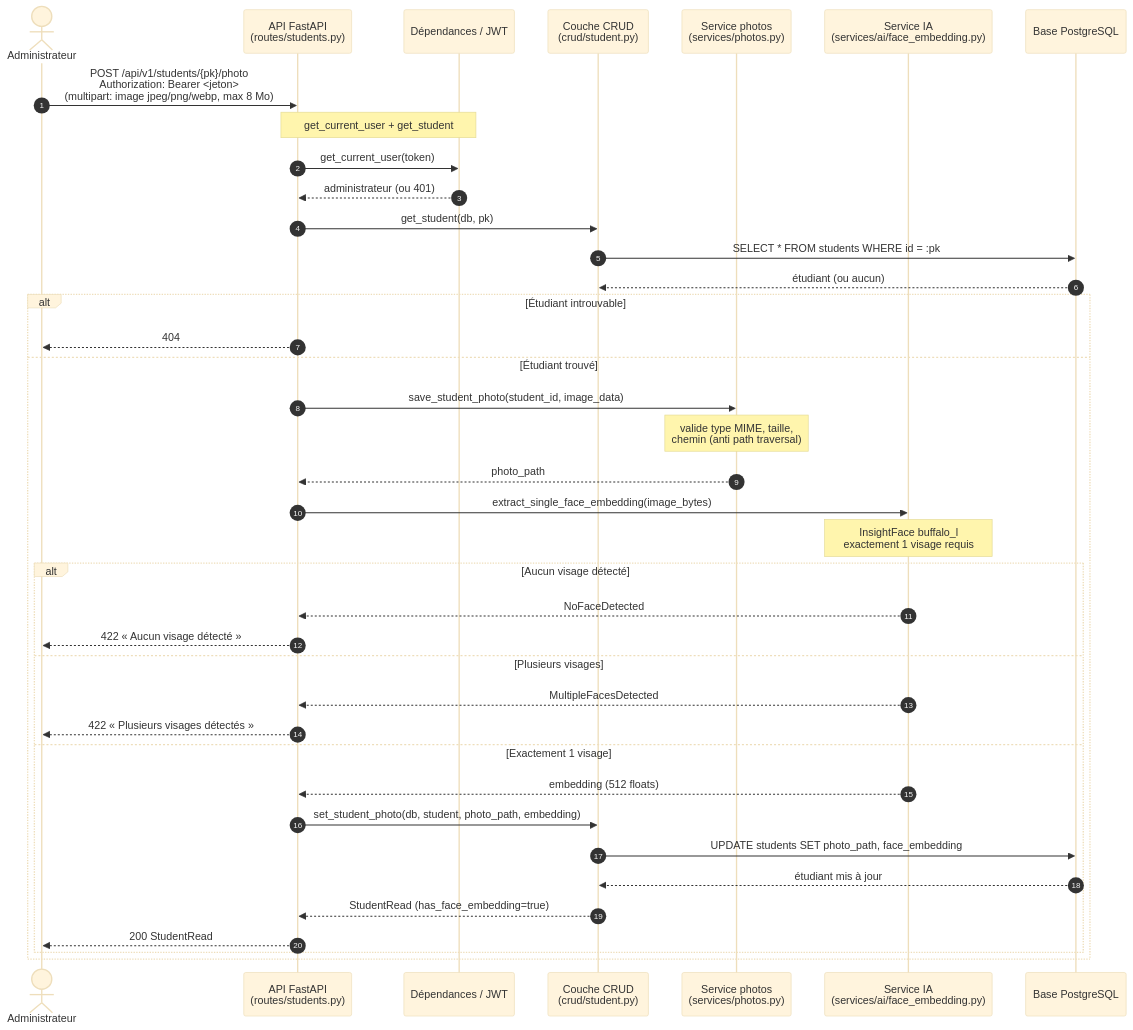
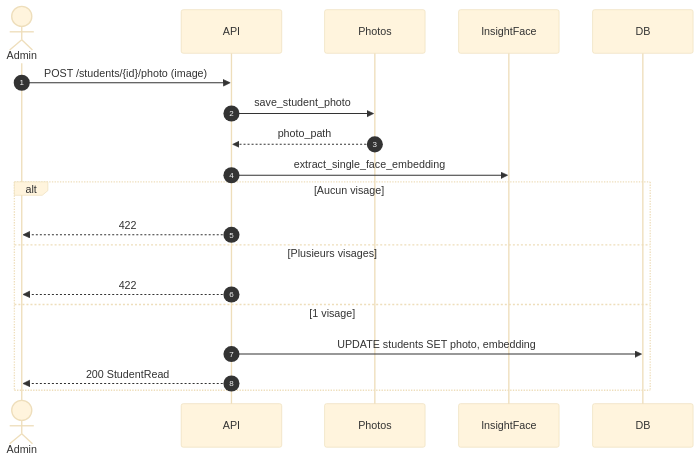
The third of 10 diagrams in docs/diagrams/diagrammes_sequence.md (Ammar-El-Maghevry/pi-s4), drawn with Mermaid (base theme) before and after one commit. The commit also changed other lines of this file and 1 other file, not shown here.

Commit message:
Simplify sequence diagrams + add Arabic description

````diff
--- a/docs/diagrams/diagrammes_sequence.md
+++ b/docs/diagrams/diagrammes_sequence.md
@@ -94,47 +53,23 @@
 ```mermaid
 sequenceDiagram
     autonumber
-    actor Client as Administrateur
-    participant API as API FastAPI<br/>(routes/students.py)
-    participant JWT as Dépendances / JWT
-    participant CRUD as Couche CRUD<br/>(crud/student.py)
-    participant Photo as Service photos<br/>(services/photos.py)
-    participant Face as Service IA<br/>(services/ai/face_embedding.py)
-    participant DB as Base PostgreSQL
+    actor Admin
+    participant API as API
+    participant Photo as Photos
+    participant Face as InsightFace
+    participant DB as DB
 
-    Client->>API: POST /api/v1/students/{pk}/photo<br/>Authorization: Bearer <jeton><br/>(multipart: image jpeg/png/webp, max 8 Mo)
+    Admin->>API: POST /students/{id}/photo (image)
+    API->>Photo: save_student_photo
+    Photo-->>API: photo_path
+    API->>Face: extract_single_face_embedding
 
-    Note over API,JWT: get_current_user + get_student
-    API->>JWT: get_current_user(token)
-    JWT-->>API: administrateur (ou 401)
-
-    API->>CRUD: get_student(db, pk)
-    CRUD->>DB: SELECT * FROM students WHERE id = :pk
-    DB-->>CRUD: étudiant (ou aucun)
-    alt Étudiant introuvable
-        API-->>Client: 404
-    else Étudiant trouvé
-        API->>Photo: save_student_photo(student_id, image_data)
-        Note over Photo: valide type MIME, taille,<br/>chemin (anti path traversal)
-        Photo-->>API: photo_path
-
-        API->>Face: extract_single_face_embedding(image_bytes)
-        Note over Face: InsightFace buffalo_l<br/>exactement 1 visage requis
-        alt Aucun visage détecté
-            Face-->>API: NoFaceDetected
-            API-->>Client: 422 « Aucun visage détecté »
-        else Plusieurs visages
-            Face-->>API: MultipleFacesDetected
-            API-->>Client: 422 « Plusieurs visages détectés »
-        else Exactement 1 visage
-            Face-->>API: embedding (512 floats)
-
-            API->>CRUD: set_student_photo(db, student, photo_path, embedding)
-            CRUD->>DB: UPDATE students SET photo_path, face_embedding
-            DB-->>CRUD: étudiant mis à jour
-            CRUD-->>API: StudentRead (has_face_embedding=true)
-
-            API-->>Client: 200 StudentRead
-        end
+    alt Aucun visage
+        API-->>Admin: 422
+    else Plusieurs visages
+        API-->>Admin: 422
+    else 1 visage
+        API->>DB: UPDATE students SET photo, embedding
+        API-->>Admin: 200 StudentRead
     end
 ```
````
